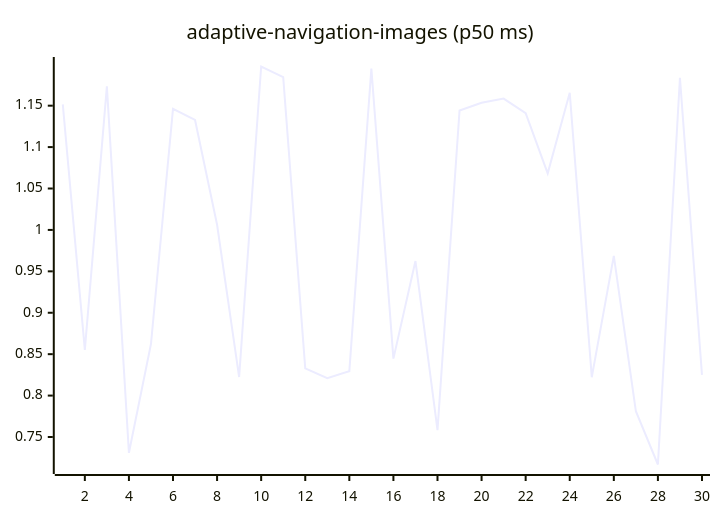
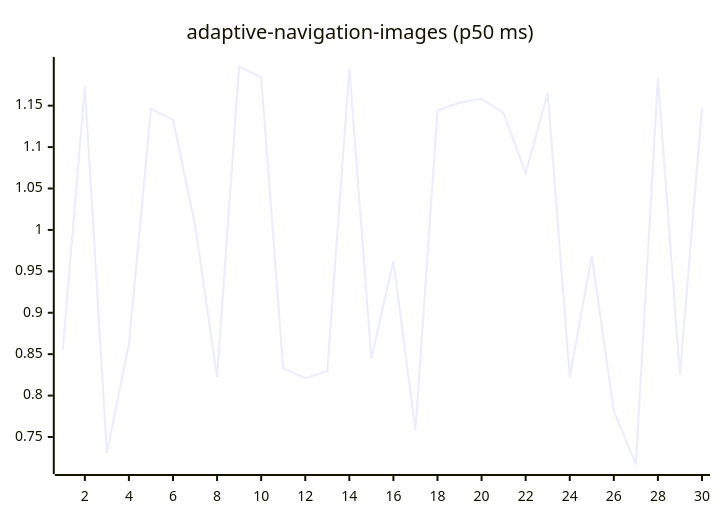
Before and after one commit to josha/Facet: the first of 27 diagrams in README.md, drawn with Mermaid. The commit also changed other lines of this file and 2 other files, not shown here.

````diff
--- a/README.md
+++ b/README.md
@@ -63,6 +63,6 @@
 ```mermaid
 xychart-beta
     title "adaptive-navigation-images (p50 ms)"
     x-axis 1 --> 30
-    line [1.1515, 0.8551, 1.1733, 0.7309, 0.8622, 1.1462, 1.1328, 1.0062, 0.8224, 1.1973, 1.1845, 0.8328, 0.8211, 0.8295, 1.1947, 0.8446, 0.9624, 0.7583, 1.1441, 1.1535, 1.1586, 1.1410, 1.0683, 1.1655, 0.8222, 0.9687, 0.7812, 0.7168, 1.1836, 0.8250]
+    line [0.8551, 1.1733, 0.7309, 0.8622, 1.1462, 1.1328, 1.0062, 0.8224, 1.1973, 1.1845, 0.8328, 0.8211, 0.8295, 1.1947, 0.8446, 0.9624, 0.7583, 1.1441, 1.1535, 1.1586, 1.1410, 1.0683, 1.1655, 0.8222, 0.9687, 0.7812, 0.7168, 1.1836, 0.8250, 1.1478]
 ```
````
